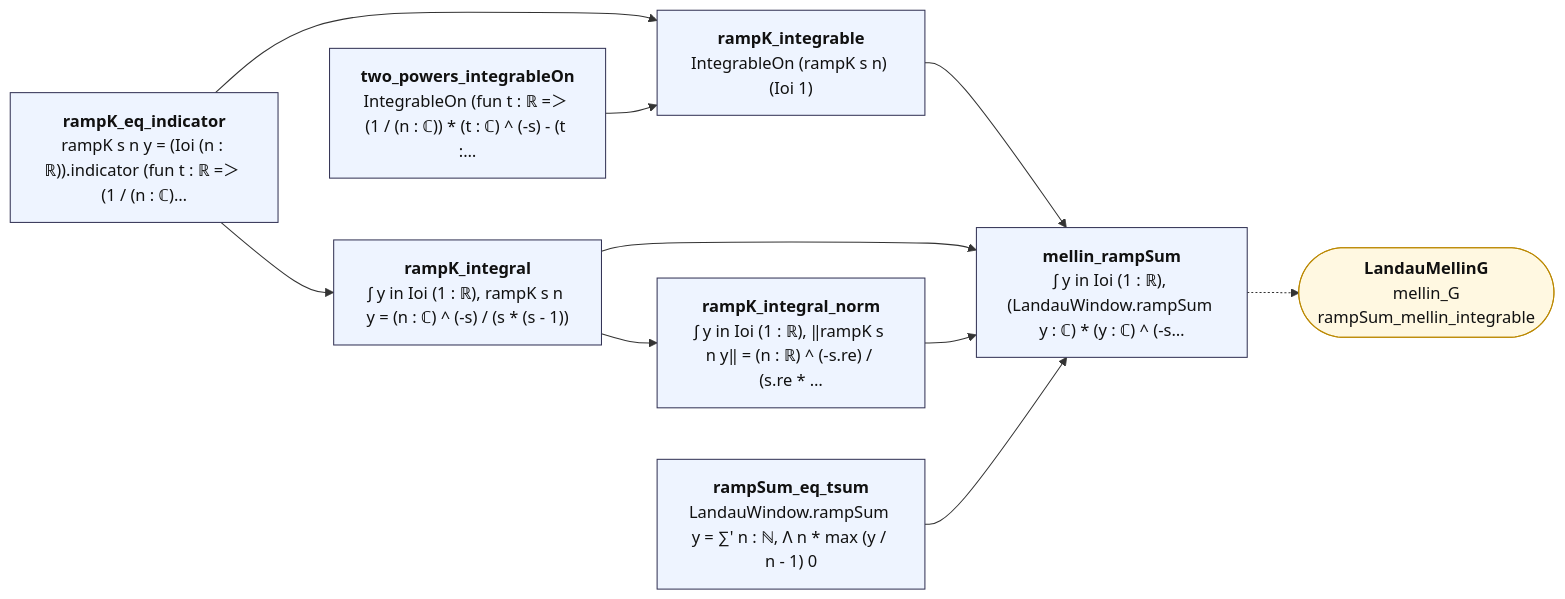
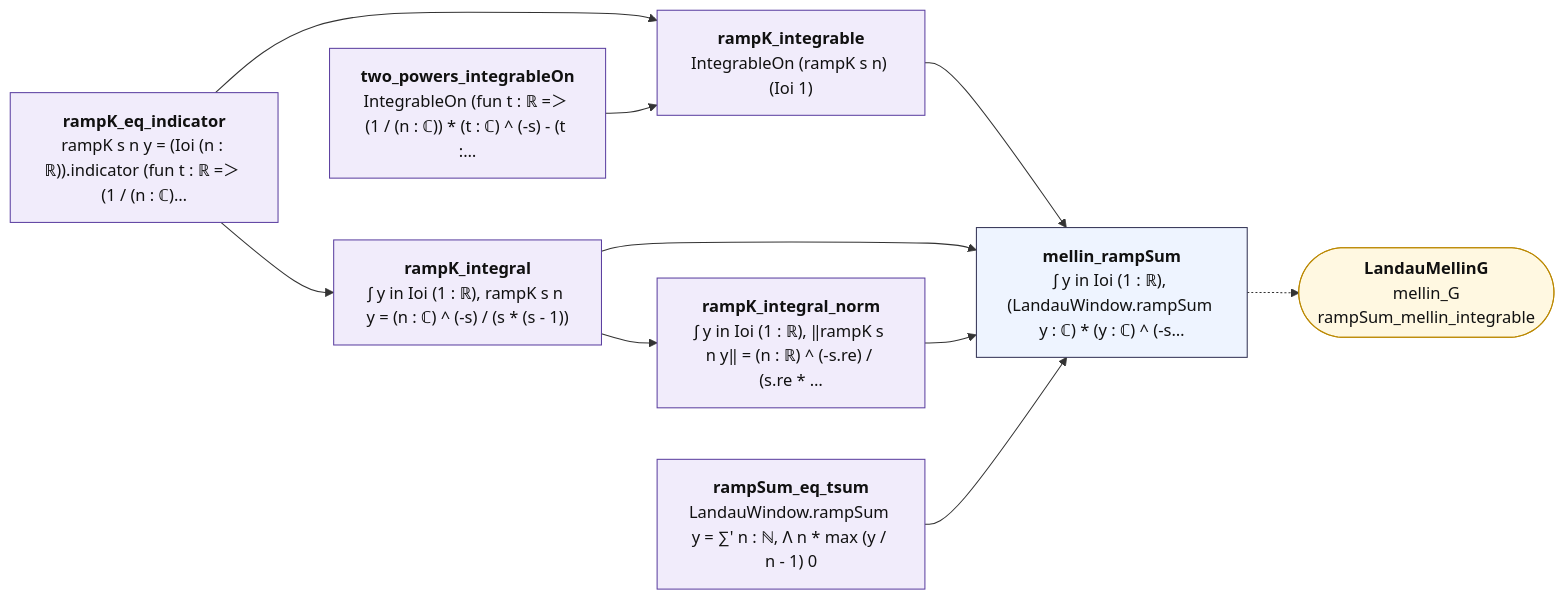
One commit to juliansambranojr/Primebeat_081426 changed the diagram in map/lean_stage3/LandauMellin.md. Above: the diagram before and after it, drawn with Mermaid. The commit also changed other lines of this file and 398 other files, not shown here.

````diff
--- a/map/lean_stage3/LandauMellin.md
+++ b/map/lean_stage3/LandauMellin.md
@@ -12,25 +12,28 @@
 ```mermaid
 flowchart LR
-  n0["<b>rampK_eq_indicator</b><br/>rampK s n y = (Ioi (n : ℝ)).indicator (fun t : ℝ =＞ (1 / (n : ℂ)…"]:::thm
-  n1["<b>two_powers_integrableOn</b><br/>IntegrableOn (fun t : ℝ =＞ (1 / (n : ℂ)) * (t : ℂ) ^ (-s) - (t :…"]:::thm
-  n2["<b>rampK_integrable</b><br/>IntegrableOn (rampK s n) (Ioi 1)"]:::thm
-  n3["<b>rampK_integral</b><br/>∫ y in Ioi (1 : ℝ), rampK s n y = (n : ℂ) ^ (-s) / (s * (s - 1))"]:::thm
-  n4["<b>rampK_integral_norm</b><br/>∫ y in Ioi (1 : ℝ), ‖rampK s n y‖ = (n : ℝ) ^ (-s.re) / (s.re * …"]:::thm
-  n5["<b>rampSum_eq_tsum</b><br/>LandauWindow.rampSum y = ∑' n : ℕ, Λ n * max (y / n - 1) 0"]:::thm
+  n0["<b>rampK_eq_indicator</b><br/>rampK s n y = (Ioi (n : ℝ)).indicator (fun t : ℝ =＞ (1 / (n : ℂ)…"]:::shp
+  n1["<b>two_powers_integrableOn</b><br/>IntegrableOn (fun t : ℝ =＞ (1 / (n : ℂ)) * (t : ℂ) ^ (-s) - (t :…"]:::shp
+  n2["<b>rampK_integrable</b><br/>IntegrableOn (rampK s n) (Ioi 1)"]:::shp
+  n3["<b>rampK_integral</b><br/>∫ y in Ioi (1 : ℝ), rampK s n y = (n : ℂ) ^ (-s) / (s * (s - 1))"]:::shp
+  n4["<b>rampK_integral_norm</b><br/>∫ y in Ioi (1 : ℝ), ‖rampK s n y‖ = (n : ℝ) ^ (-s.re) / (s.re * …"]:::shp
+  n5["<b>rampSum_eq_tsum</b><br/>LandauWindow.rampSum y = ∑' n : ℕ, Λ n * max (y / n - 1) 0"]:::shp
   n6["<b>mellin_rampSum</b><br/>∫ y in Ioi (1 : ℝ), (LandauWindow.rampSum y : ℂ) * (y : ℂ) ^ (-s…"]:::thm
   x0(["<b>LandauMellinG</b><br/>mellin_G<br/>rampSum_mellin_integrable"]):::ext
   n0 --> n2
   n0 --> n3
   n1 --> n2
   n2 --> n6
   n3 --> n4
   n3 --> n6
   n4 --> n6
   n5 --> n6
   n6 -.-> x0
+  classDef cnt fill:#dff5ec,stroke:#17694a,color:#111
+  classDef shp fill:#f1ecfb,stroke:#5b3fa0,color:#111
+  classDef rh fill:#ffe5e5,stroke:#c22,color:#111,stroke-width:2px
   classDef thm fill:#eef4ff,stroke:#335,color:#111
   classDef end_ fill:#e7f7e7,stroke:#2a7,color:#111,stroke-width:2px
   classDef lone fill:#fff,stroke:#999,color:#111,stroke-dasharray:4 3
   classDef bad fill:#ffe5e5,stroke:#c22,color:#111,stroke-width:2px
   classDef ext fill:#fff8e1,stroke:#b80,color:#111
 ```
````
